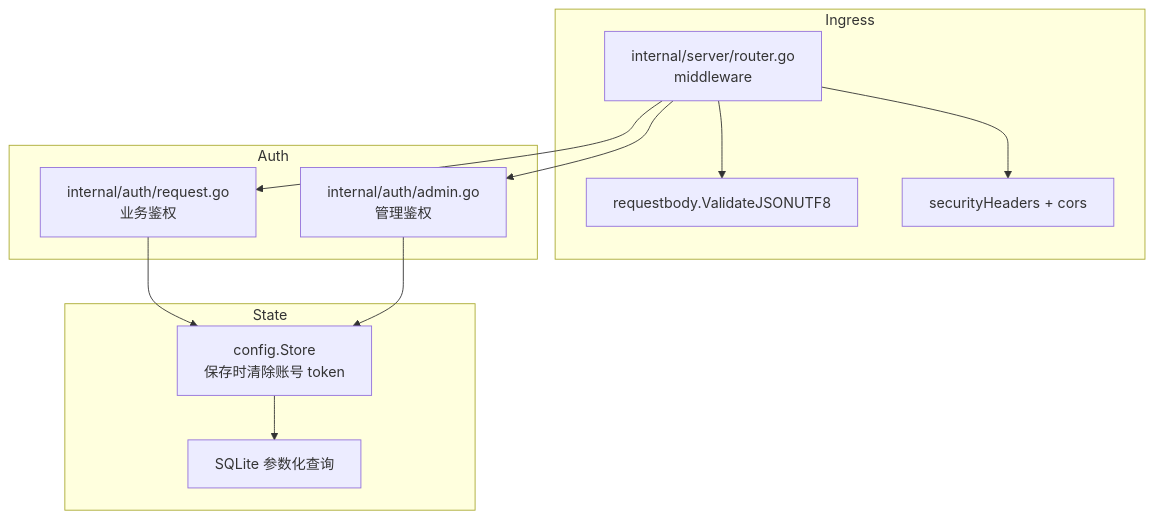
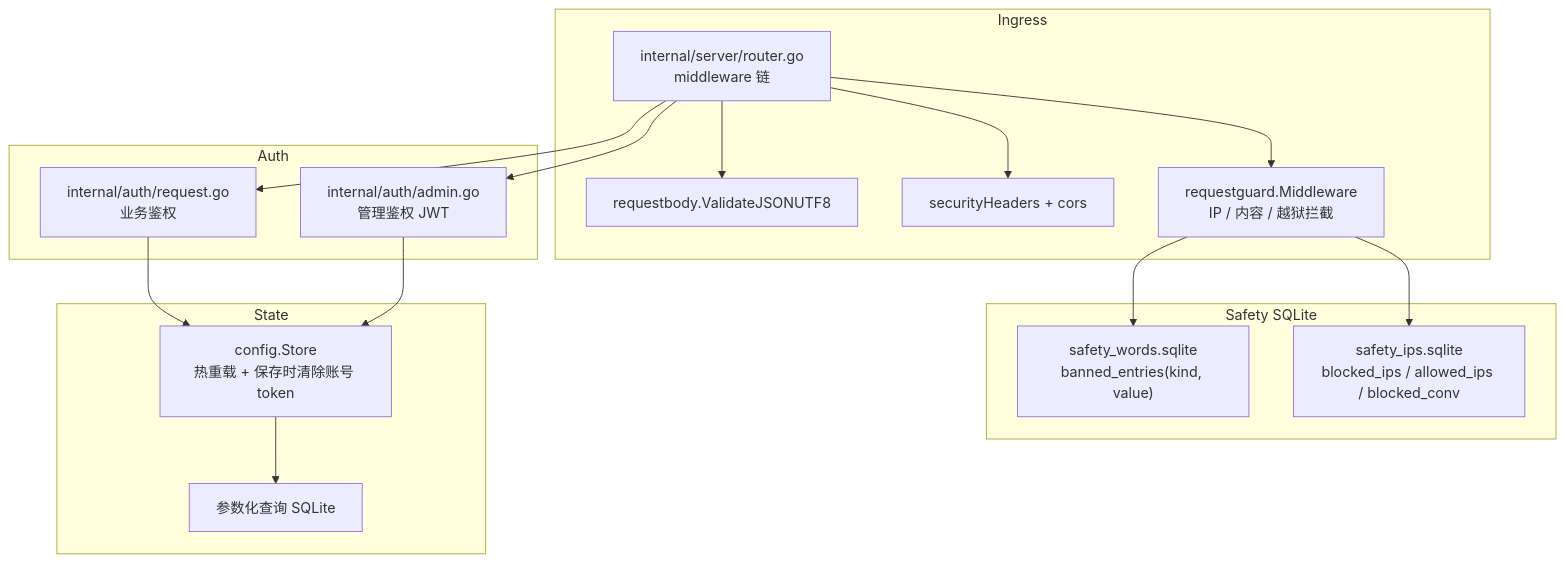
Before and after one commit to marklove5102/DeepSeek_Web_To_API: the diagram in docs/security.md, drawn with Mermaid. The commit also changed other lines of this file and 17 other files, not shown here.

````diff
--- a/docs/security.md
+++ b/docs/security.md
@@ -42,23 +47,31 @@
 ```mermaid
 graph TB
 subgraph "Ingress"
-ROUTER["internal/server/router.go<br/>middleware"]
-UTF8["requestbody.ValidateJSONUTF8"]
-HEADERS["securityHeaders + cors"]
+  ROUTER["internal/server/router.go<br/>middleware 链"]
+  UTF8["requestbody.ValidateJSONUTF8"]
+  HEADERS["securityHeaders + cors"]
+  GUARD["requestguard.Middleware<br/>IP / 内容 / 越狱拦截"]
 end
 subgraph "Auth"
-REQ["internal/auth/request.go<br/>业务鉴权"]
-ADMIN["internal/auth/admin.go<br/>管理鉴权"]
+  REQ["internal/auth/request.go<br/>业务鉴权"]
+  ADMIN["internal/auth/admin.go<br/>管理鉴权 JWT"]
+end
+subgraph "Safety SQLite"
+  WORDS["safety_words.sqlite<br/>banned_entries(kind, value)"]
+  IPS["safety_ips.sqlite<br/>blocked_ips / allowed_ips / blocked_conv"]
 end
 subgraph "State"
-CONFIG["config.Store<br/>保存时清除账号 token"]
-SQLITE["SQLite 参数化查询"]
+  CONFIG["config.Store<br/>热重载 + 保存时清除账号 token"]
+  SQLITE["参数化查询 SQLite"]
 end
 ROUTER --> UTF8
 ROUTER --> HEADERS
+ROUTER --> GUARD
 ROUTER --> REQ
 ROUTER --> ADMIN
+GUARD --> WORDS
+GUARD --> IPS
 REQ --> CONFIG
 ADMIN --> CONFIG
 CONFIG --> SQLITE
 ```
````
